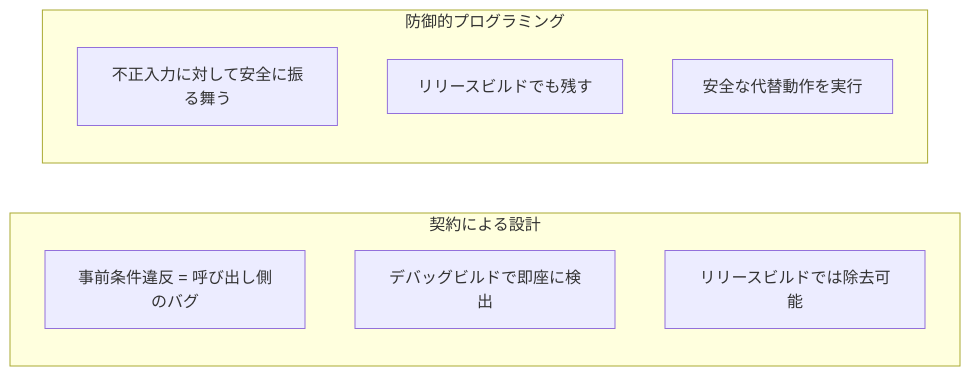
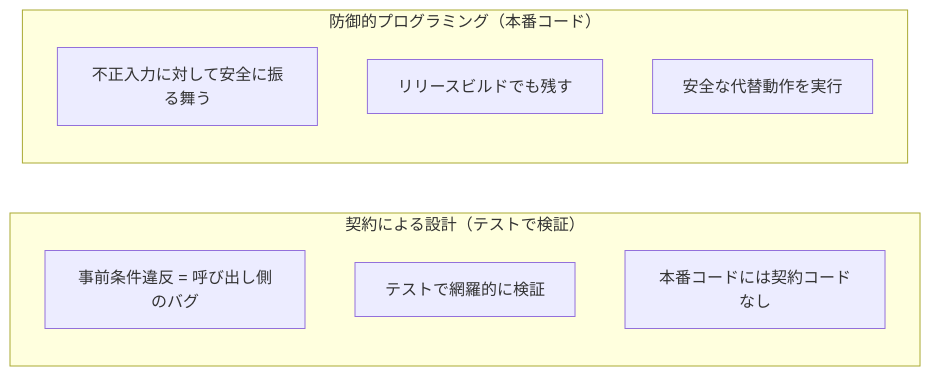
The third of 3 diagrams in docs/md/14_design_by_contract.md (MeuNari0621/TeachingEmbC), drawn with Mermaid before and after one commit. The commit also changed other lines of this file and 7 other files, not shown here.

````diff
--- a/docs/md/14_design_by_contract.md
+++ b/docs/md/14_design_by_contract.md
@@ -91,13 +116,13 @@
 ```mermaid
 flowchart LR
-    subgraph DBC["契約による設計"]
+    subgraph DBC["契約による設計（テストで検証）"]
         D1["事前条件違反 = 呼び出し側のバグ"]
-        D2["デバッグビルドで即座に検出"]
-        D3["リリースビルドでは除去可能"]
+        D2["テストで網羅的に検証"]
+        D3["本番コードには契約コードなし"]
     end
-    subgraph DEFENSIVE["防御的プログラミング"]
+    subgraph DEFENSIVE["防御的プログラミング（本番コード）"]
         F1["不正入力に対して安全に振る舞う"]
         F2["リリースビルドでも残す"]
         F3["安全な代替動作を実行"]
     end
 ```
````
